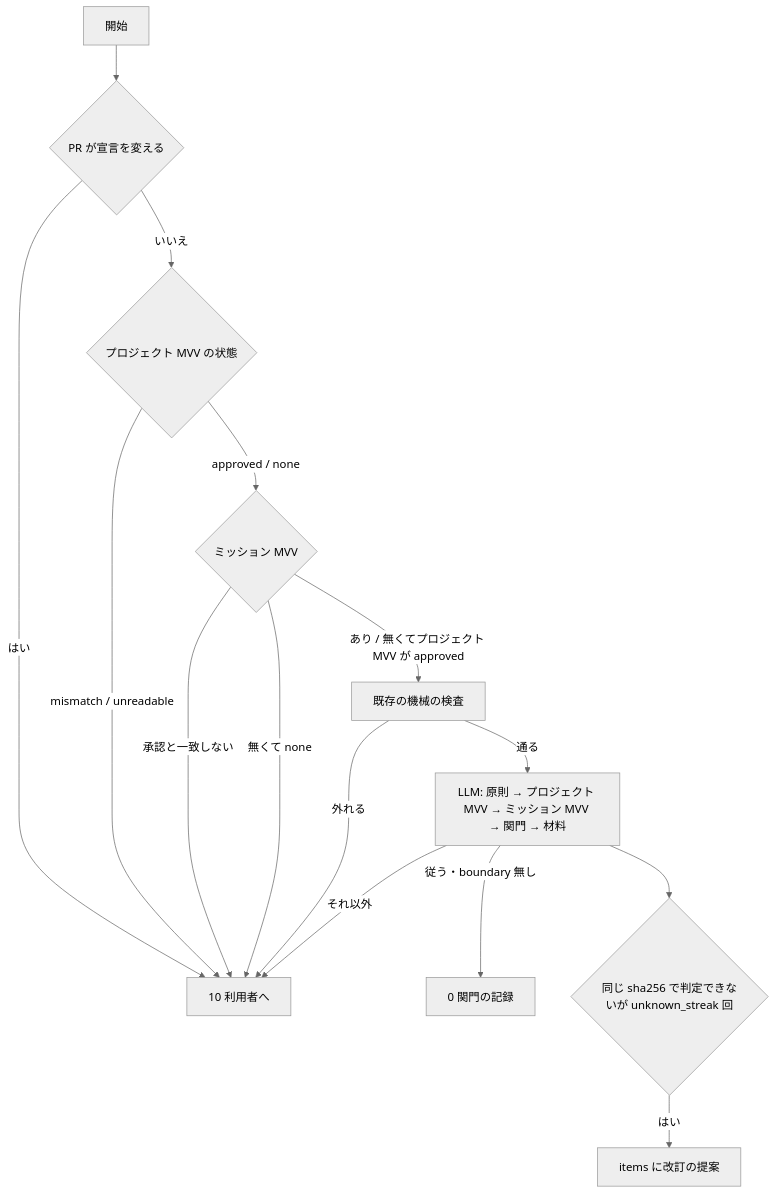
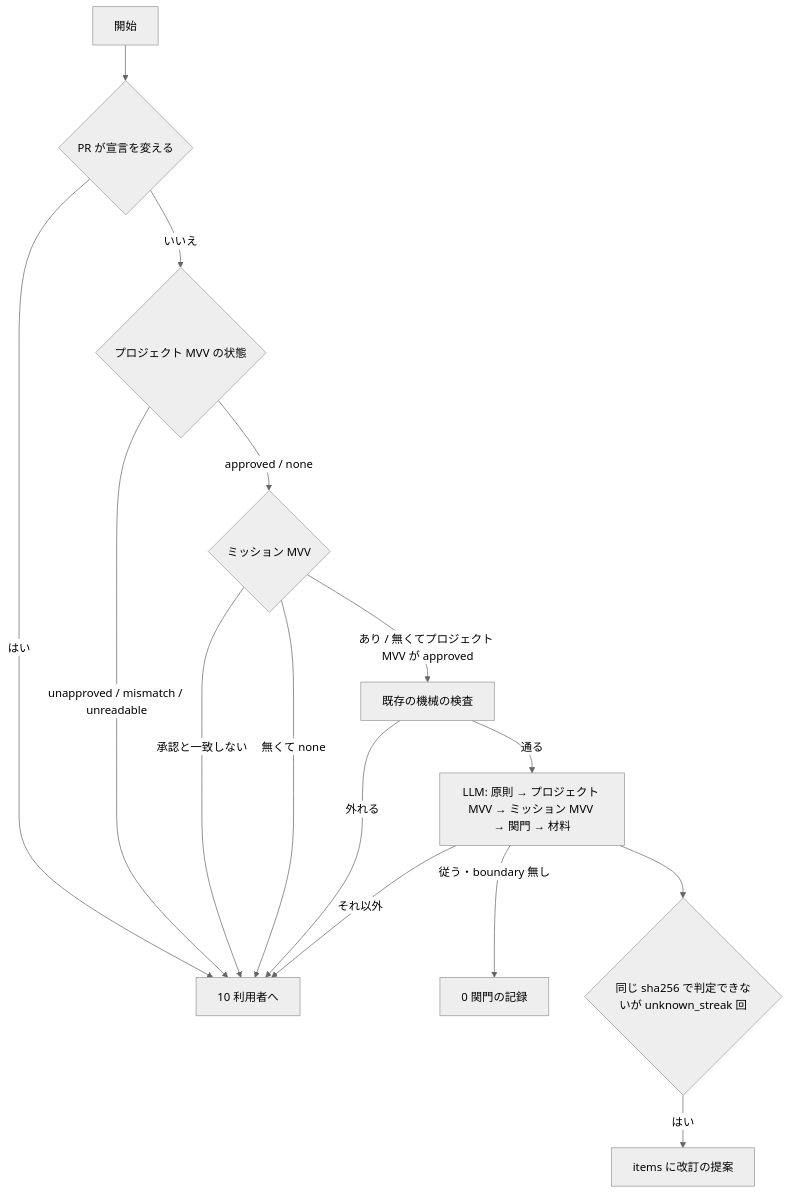
Before and after one commit to devbasex/ai-plugins: the fifth of 7 diagrams in issues/issue-1366-design.md, drawn with Mermaid (neutral theme). The commit also changed other lines of this file, not shown here.

````diff
--- a/issues/issue-1366-design.md
+++ b/issues/issue-1366-design.md
@@ -411,17 +424,17 @@
 ```mermaid
 graph TD
     A[開始] --> P{PR が宣言を変える}
     P -->|はい| X[10 利用者へ]
     P -->|いいえ| S{プロジェクト MVV の状態}
-    S -->|mismatch / unreadable| X
+    S -->|unapproved / mismatch / unreadable| X
     S -->|approved / none| M{ミッション MVV}
     M -->|承認と一致しない| X
     M -->|あり / 無くてプロジェクト MVV が approved| B[既存の機械の検査]
     M -->|無くて none| X
     B -->|外れる| X
     B -->|通る| L[LLM: 原則 → プロジェクト MVV → ミッション MVV → 関門 → 材料]
     L -->|従う・boundary 無し| OK[0 関門の記録]
     L -->|それ以外| X
     L --> K{同じ sha256 で判定できないが unknown_streak 回}
     K -->|はい| SUG[items に改訂の提案]
 ```
````
